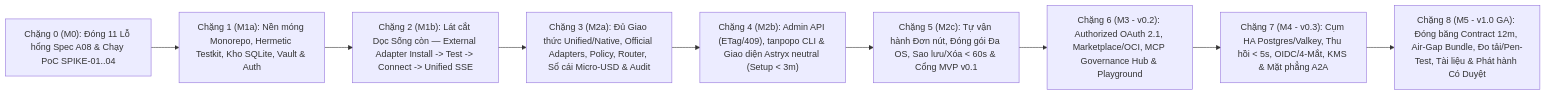
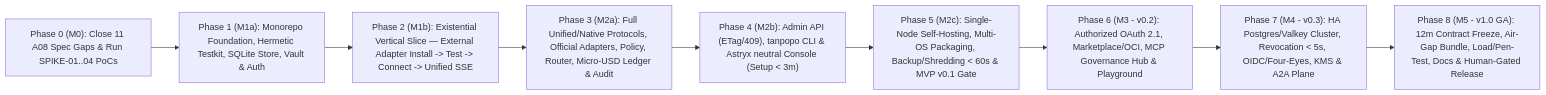
One commit to nguywnben/tanpopo changed the diagram in docs/planning/roadmap.md. Above: the diagram before and after it, drawn with Mermaid. The commit also changed other lines of this file and 111 other files, not shown here.

````diff
--- a/docs/planning/roadmap.md
+++ b/docs/planning/roadmap.md
@@ -20,11 +20,11 @@
 ```mermaid
 flowchart LR
-    P0["Chặng 0 (M0): Đóng 11 Lỗ hổng Spec A08 & Chạy PoC SPIKE-01..04"] --> P1["Chặng 1 (M1a): Nền móng Monorepo, Hermetic Testkit, Kho SQLite, Vault & Auth"]
-    P1 --> P2["Chặng 2 (M1b): Lát cắt Dọc Sống còn — External Adapter Install -> Test -> Connect -> Unified SSE"]
-    P2 --> P3["Chặng 3 (M2a): Đủ Giao thức Unified/Native, Official Adapters, Policy, Router, Sổ cái Micro-USD & Audit"]
-    P3 --> P4["Chặng 4 (M2b): Admin API (ETag/409), tanpopo CLI & Giao diện Astryx neutral (Setup < 3m)"]
-    P4 --> P5["Chặng 5 (M2c): Tự vận hành Đơn nút, Đóng gói Đa OS, Sao lưu/Xóa < 60s & Cổng MVP v0.1"]
-    P5 --> P6["Chặng 6 (M3 - v0.2): Authorized OAuth 2.1, Marketplace/OCI, MCP Governance Hub & Playground"]
-    P6 --> P7["Chặng 7 (M4 - v0.3): Cụm HA Postgres/Valkey, Thu hồi < 5s, OIDC/4-Mắt, KMS & Mặt phẳng A2A"]
-    P7 --> P8["Chặng 8 (M5 - v1.0 GA): Đóng băng Contract 12m, Air-Gap Bundle, Đo tải/Pen-Test, Tài liệu & Phát hành Có Duyệt"]
+    P0["Phase 0 (M0): Close 11 A08 Spec Gaps & Run SPIKE-01..04 PoCs"] --> P1["Phase 1 (M1a): Monorepo Foundation, Hermetic Testkit, SQLite Store, Vault & Auth"]
+    P1 --> P2["Phase 2 (M1b): Existential Vertical Slice — External Adapter Install -> Test -> Connect -> Unified SSE"]
+    P2 --> P3["Phase 3 (M2a): Full Unified/Native Protocols, Official Adapters, Policy, Router, Micro-USD Ledger & Audit"]
+    P3 --> P4["Phase 4 (M2b): Admin API (ETag/409), tanpopo CLI & Astryx neutral Console (Setup < 3m)"]
+    P4 --> P5["Phase 5 (M2c): Single-Node Self-Hosting, Multi-OS Packaging, Backup/Shredding < 60s & MVP v0.1 Gate"]
+    P5 --> P6["Phase 6 (M3 - v0.2): Authorized OAuth 2.1, Marketplace/OCI, MCP Governance Hub & Playground"]
+    P6 --> P7["Phase 7 (M4 - v0.3): HA Postgres/Valkey Cluster, Revocation < 5s, OIDC/Four-Eyes, KMS & A2A Plane"]
+    P7 --> P8["Phase 8 (M5 - v1.0 GA): 12m Contract Freeze, Air-Gap Bundle, Load/Pen-Test, Docs & Human-Gated Release"]
 ```
````
